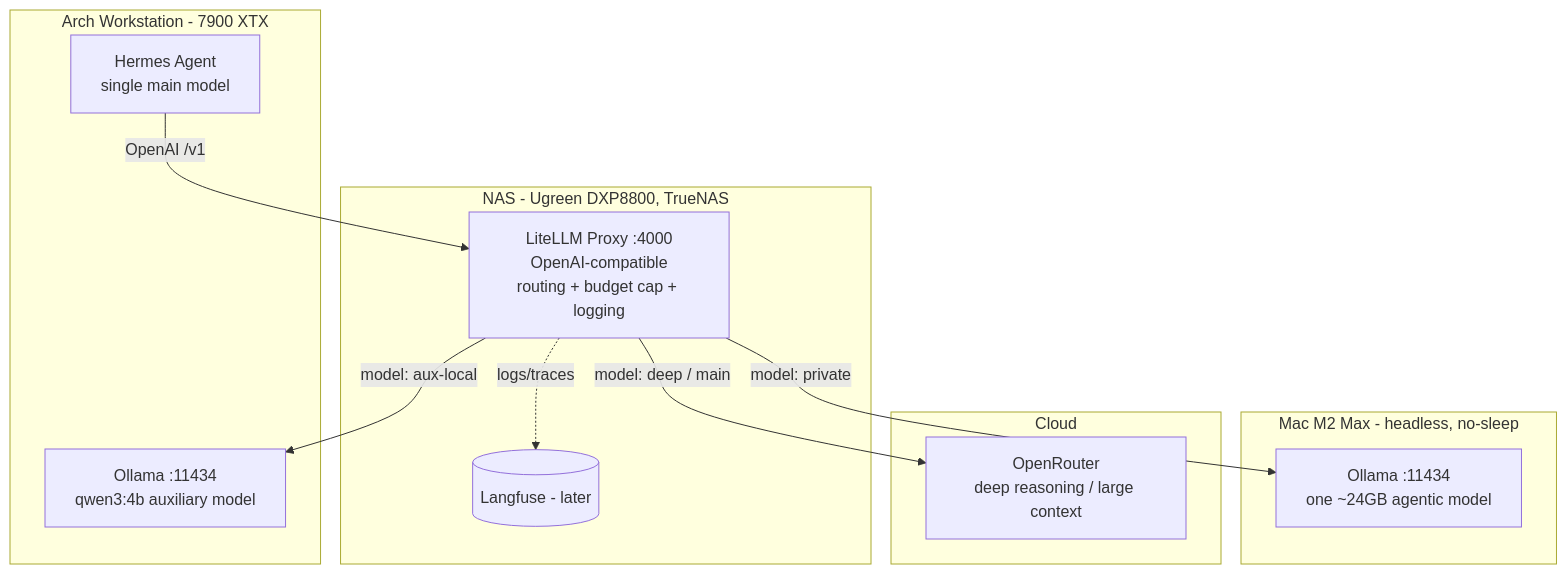
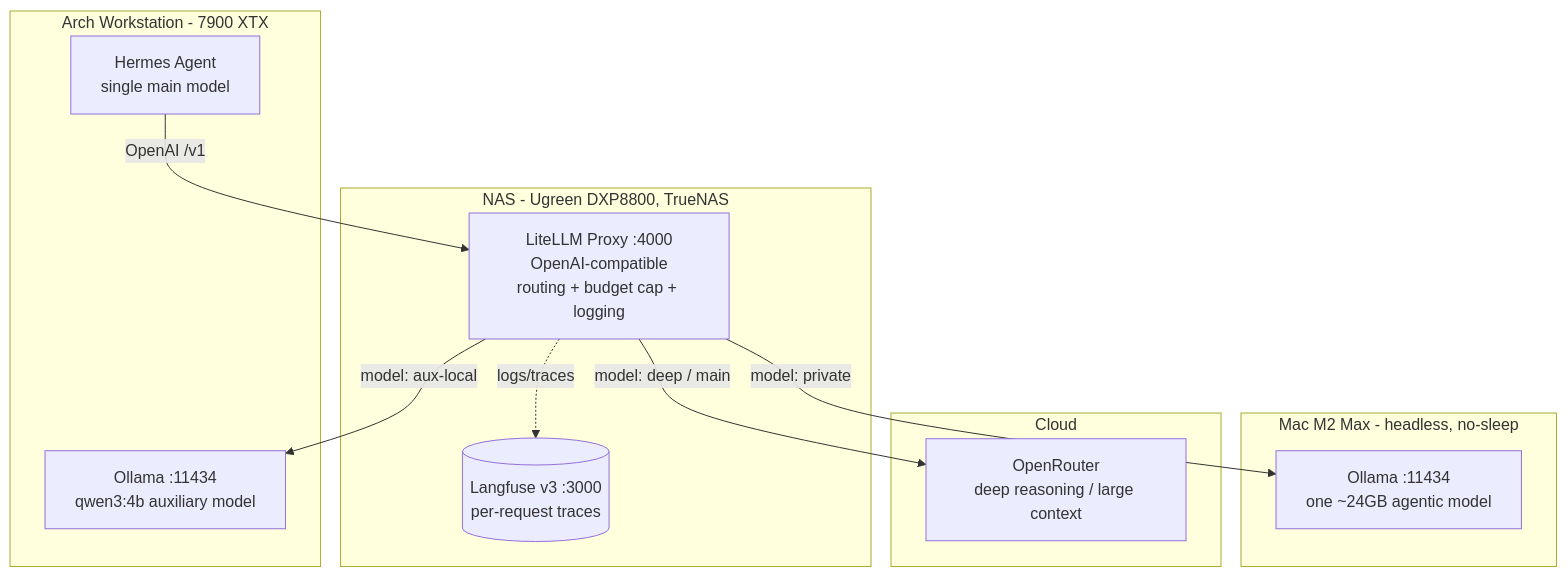
The diagram in README.md (DerTechie/AISetup), drawn with Mermaid before and after one commit. The commit also changed other lines of this file, not shown here.

Commit message:
docs(readme): observability is now Langfuse (live), dashboard demoted

````diff
--- a/README.md
+++ b/README.md
@@ -13,23 +13,23 @@
 ```mermaid
 graph TD
     subgraph Arch[Arch Workstation - 7900 XTX]
         H[Hermes Agent<br/>single main model]
         OA[Ollama :11434<br/>qwen3:4b auxiliary model]
     end
     subgraph NASbox[NAS - Ugreen DXP8800, TrueNAS]
         L[LiteLLM Proxy :4000<br/>OpenAI-compatible<br/>routing + budget cap + logging]
-        LF[(Langfuse - later)]
+        LF[(Langfuse v3 :3000<br/>per-request traces)]
         L -. logs/traces .-> LF
     end
     subgraph Mac[Mac M2 Max - headless, no-sleep]
         O[Ollama :11434<br/>one ~24GB agentic model]
     end
     subgraph Cloud[Cloud]
         OR[OpenRouter<br/>deep reasoning / large context]
     end
 
     H -->|OpenAI /v1| L
     L -->|model: private| O
     L -->|model: aux-local| OA
     L -->|model: deep / main| OR
 ```
````
